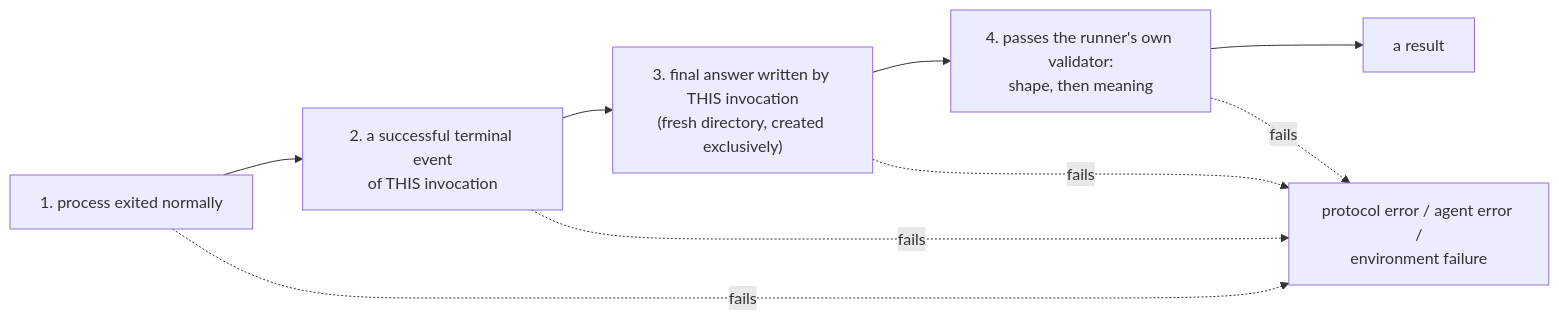
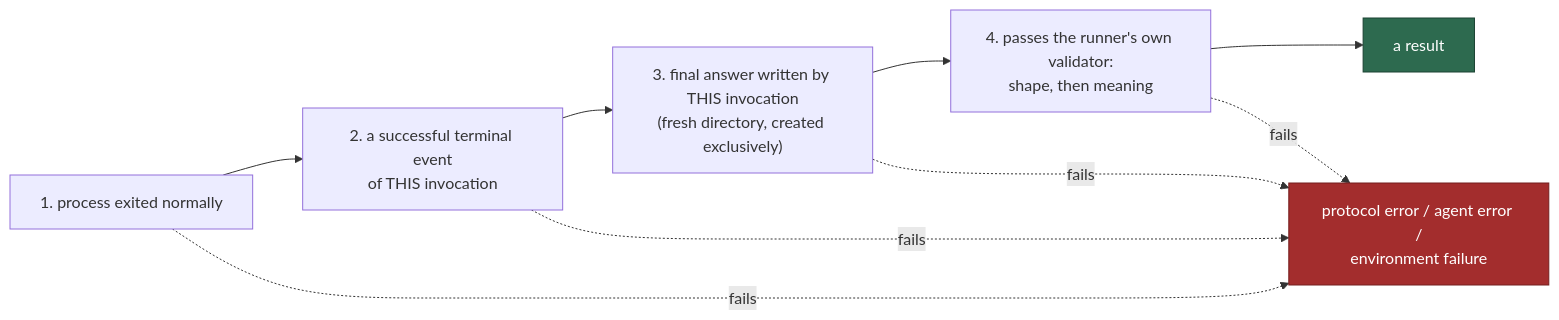
The fifth of 5 diagrams in task_runner/docs/tutorial/05-architecture.md (miavenet/mv-aipp101-starter), drawn with Mermaid before and after one commit. The commit also changed other lines of this file and 6 other files, not shown here.

````diff
--- a/task_runner/docs/tutorial/05-architecture.md
+++ b/task_runner/docs/tutorial/05-architecture.md
@@ -114,11 +118,16 @@
 ```mermaid
 flowchart LR
     A["1. process exited normally"] --> B["2. a successful terminal event<br/>of THIS invocation"]
     B --> C["3. final answer written by THIS invocation<br/>(fresh directory, created exclusively)"]
     C --> D["4. passes the runner's own validator:<br/>shape, then meaning"]
     D --> OK["a result"]
     A -. fails .-> PE["protocol error / agent error /<br/>environment failure"]
     B -. fails .-> PE
     C -. fails .-> PE
     D -. fails .-> PE
+
+    classDef ok fill:#2d6a4f,stroke:#1b4332,color:#ffffff
+    classDef stop fill:#a32d2d,stroke:#741f1f,color:#ffffff
+    class OK ok
+    class PE stop
 ```
````
